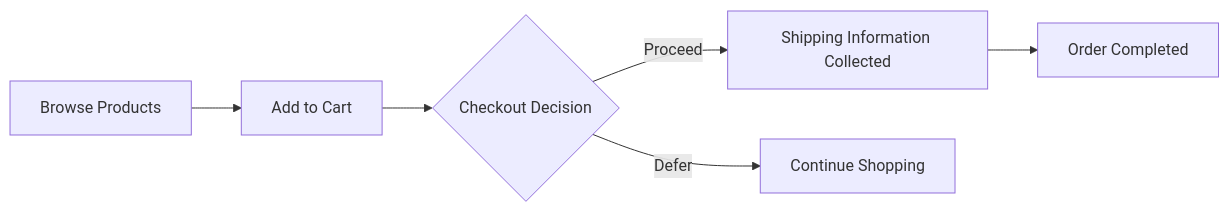
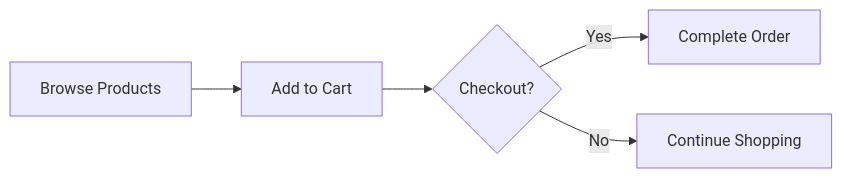
Before and after one commit to RavenView-ai/autobe: the diagram in packages/agent/prompts/ANALYZE_SCENARIO.md, drawn with Mermaid. The commit also changed other lines of this file and 11 other files, not shown here.

````diff
--- a/packages/agent/prompts/ANALYZE_SCENARIO.md
+++ b/packages/agent/prompts/ANALYZE_SCENARIO.md
@@ -436,8 +130,7 @@
 ```mermaid
 graph LR
     A["Browse Products"] --> B["Add to Cart"]
-    B --> C{"Checkout Decision"}
-    C -->|"Proceed"| D["Shipping Information Collected"]
-    C -->|"Defer"| E["Continue Shopping"]
-    D --> F["Order Completed"]
+    B --> C{"Checkout?"}
+    C -->|Yes| D["Complete Order"]
+    C -->|No| E["Continue Shopping"]
 ```
````
